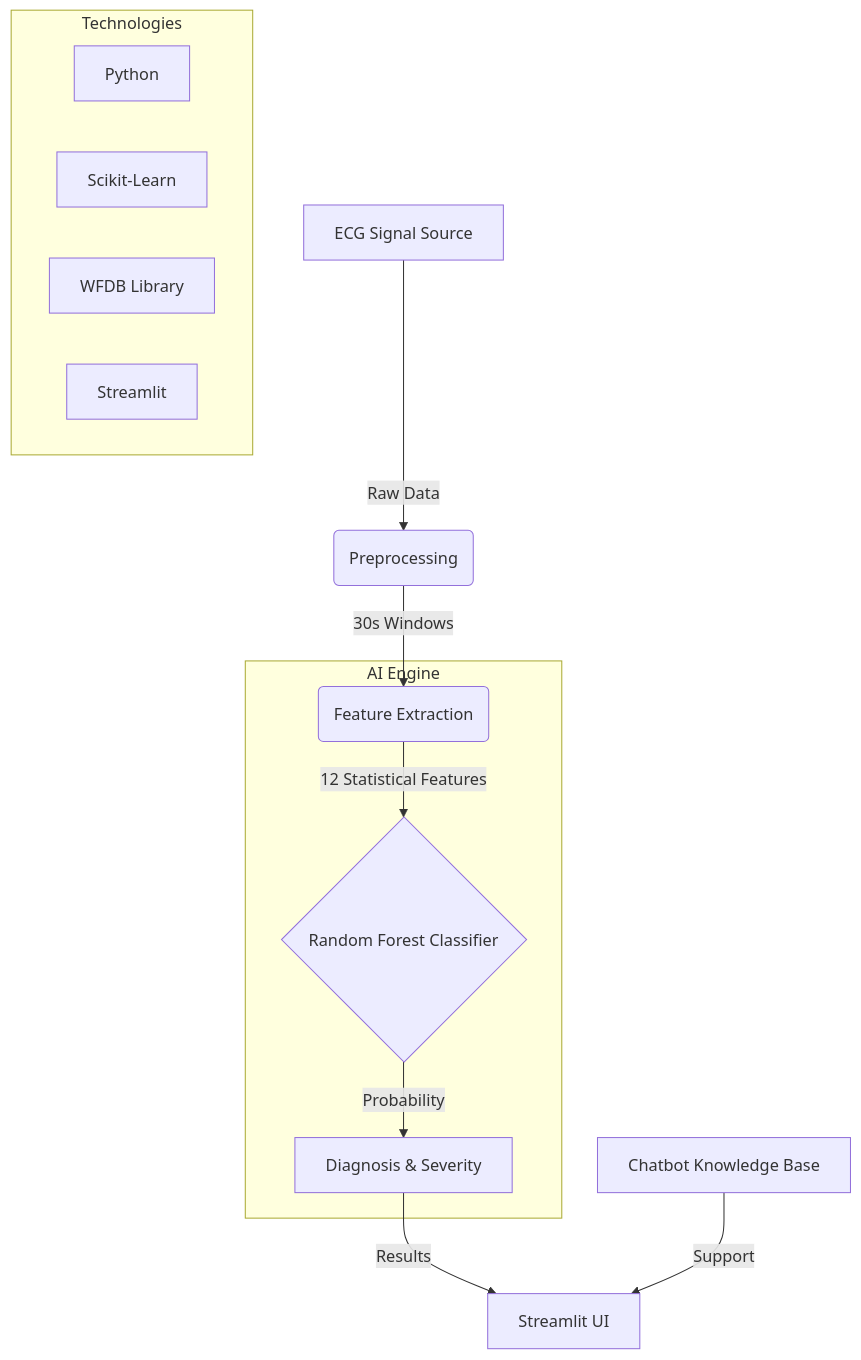
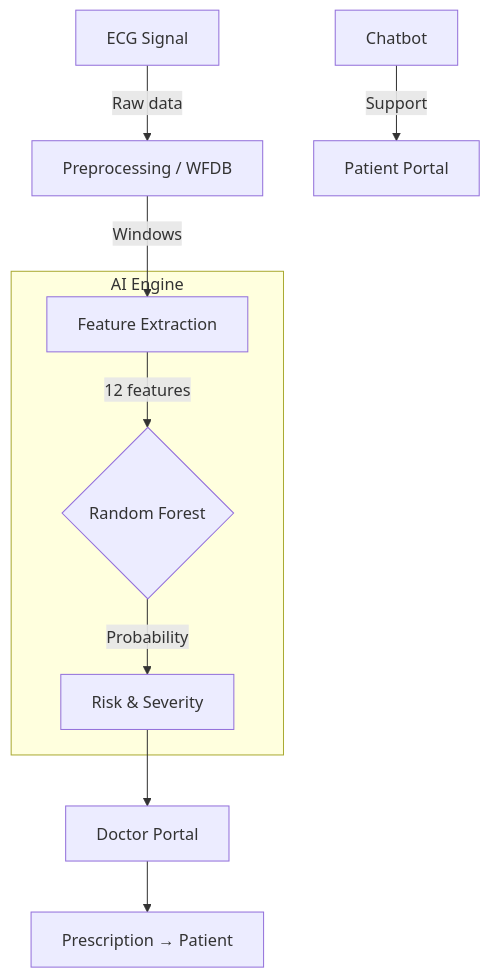
One commit to Saravanan2005real/AI-powered-health-risk-analyzer changed the second of 2 diagrams in Sleep-apnea-prediction-using-ecg/README.md. Above: the diagram before and after it, drawn with Mermaid. The commit also changed other lines of this file and 22 other files, not shown here.

First line of the commit message:
Document HealthGuard architecture and ship Lab-Patient-Doctor workflow.

````diff
--- a/Sleep-apnea-prediction-using-ecg/README.md
+++ b/Sleep-apnea-prediction-using-ecg/README.md
@@ -26,20 +33,12 @@
 ```mermaid
 graph TD
-    A[ECG Signal Source] -->|Raw Data| B(Preprocessing)
-    B -->|30s Windows| C(Feature Extraction)
-    
-    subgraph "AI Engine"
-    C -->|12 Statistical Features| D{Random Forest Classifier}
-    D -->|Probability| E[Diagnosis & Severity]
+    A[ECG Signal] -->|Raw data| B[Preprocessing / WFDB]
+    B -->|Windows| C[Feature Extraction]
+    subgraph AI["AI Engine"]
+        C -->|12 features| D{Random Forest}
+        D -->|Probability| E[Risk & Severity]
     end
-    
-    E -->|Results| F[Streamlit UI]
-    G[Chatbot Knowledge Base] -->|Support| F
-    
-    subgraph "Technologies"
-    H[Python]
-    I[Scikit-Learn]
-    J[WFDB Library]
-    K[Streamlit]
-    end
+    E --> F[Doctor Portal]
+    F --> G[Prescription → Patient]
+    H[Chatbot] -->|Support| PatientUI[Patient Portal]
 ```
````
